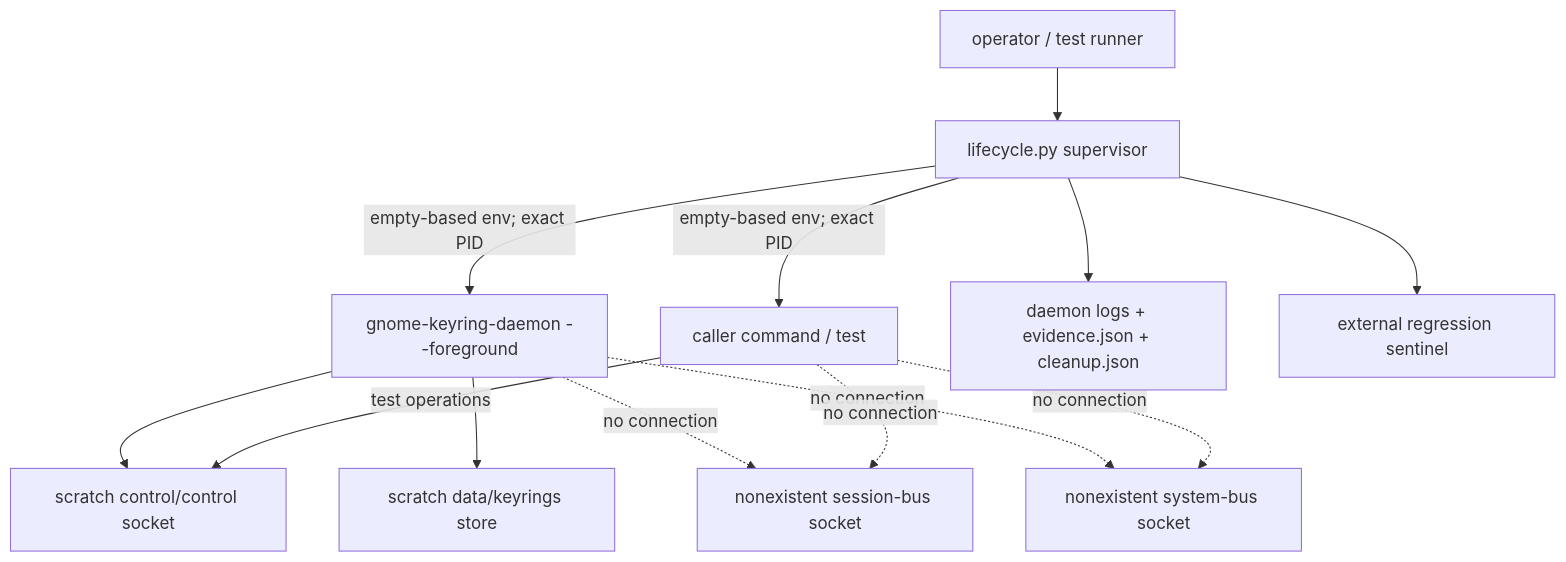
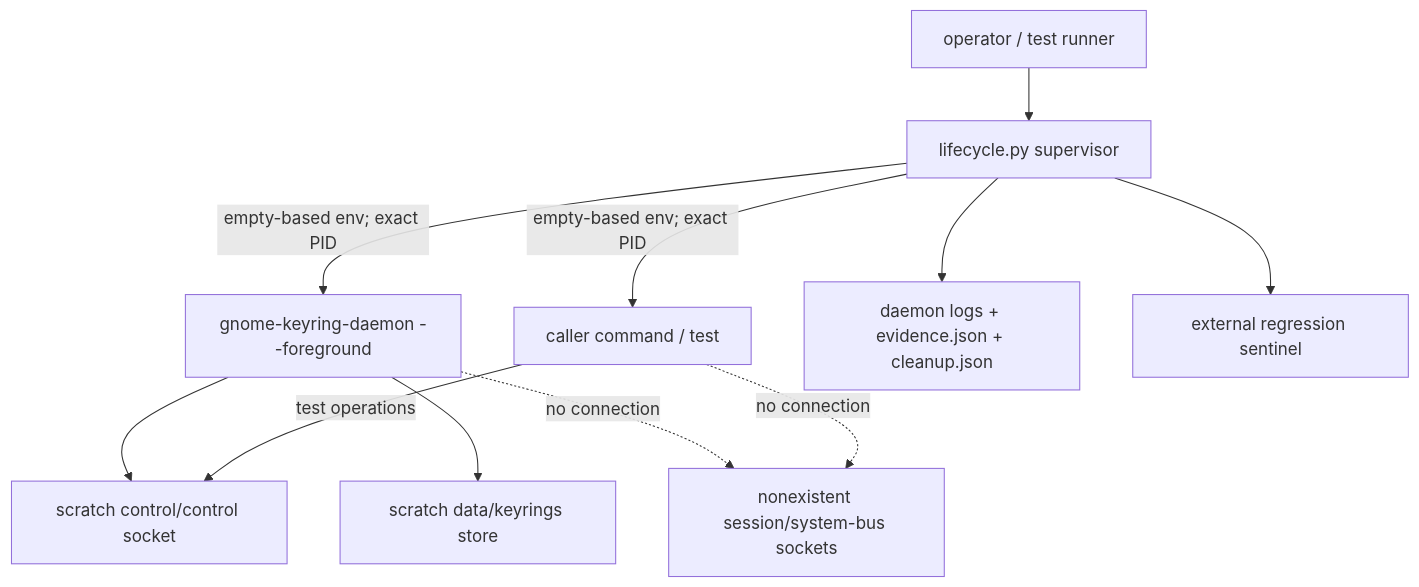
The first of 2 diagrams in doc/harness/README.md (rektide/gmellon), drawn with Mermaid before and after one commit. The commit also changed other lines of this file, not shown here.

````diff
--- a/doc/harness/README.md
+++ b/doc/harness/README.md
@@ -118,15 +265,13 @@
 ```mermaid
 flowchart TD
     operator["operator / test runner"] --> supervisor["lifecycle.py supervisor"]
     supervisor -->|"empty-based env; exact PID"| daemon["gnome-keyring-daemon --foreground"]
     supervisor -->|"empty-based env; exact PID"| command["caller command / test"]
     daemon --> socket["scratch control/control socket"]
     command -->|"test operations"| socket
     daemon --> store["scratch data/keyrings store"]
     supervisor --> logs["daemon logs + evidence.json + cleanup.json"]
     supervisor --> sentinel["external regression sentinel"]
-    daemon -. "no connection" .-> deadSession["nonexistent session-bus socket"]
-    daemon -. "no connection" .-> deadSystem["nonexistent system-bus socket"]
-    command -. "no connection" .-> deadSession
-    command -. "no connection" .-> deadSystem
+    daemon -. "no connection" .-> deadBus["nonexistent session/system-bus sockets"]
+    command -. "no connection" .-> deadBus
 ```
````
